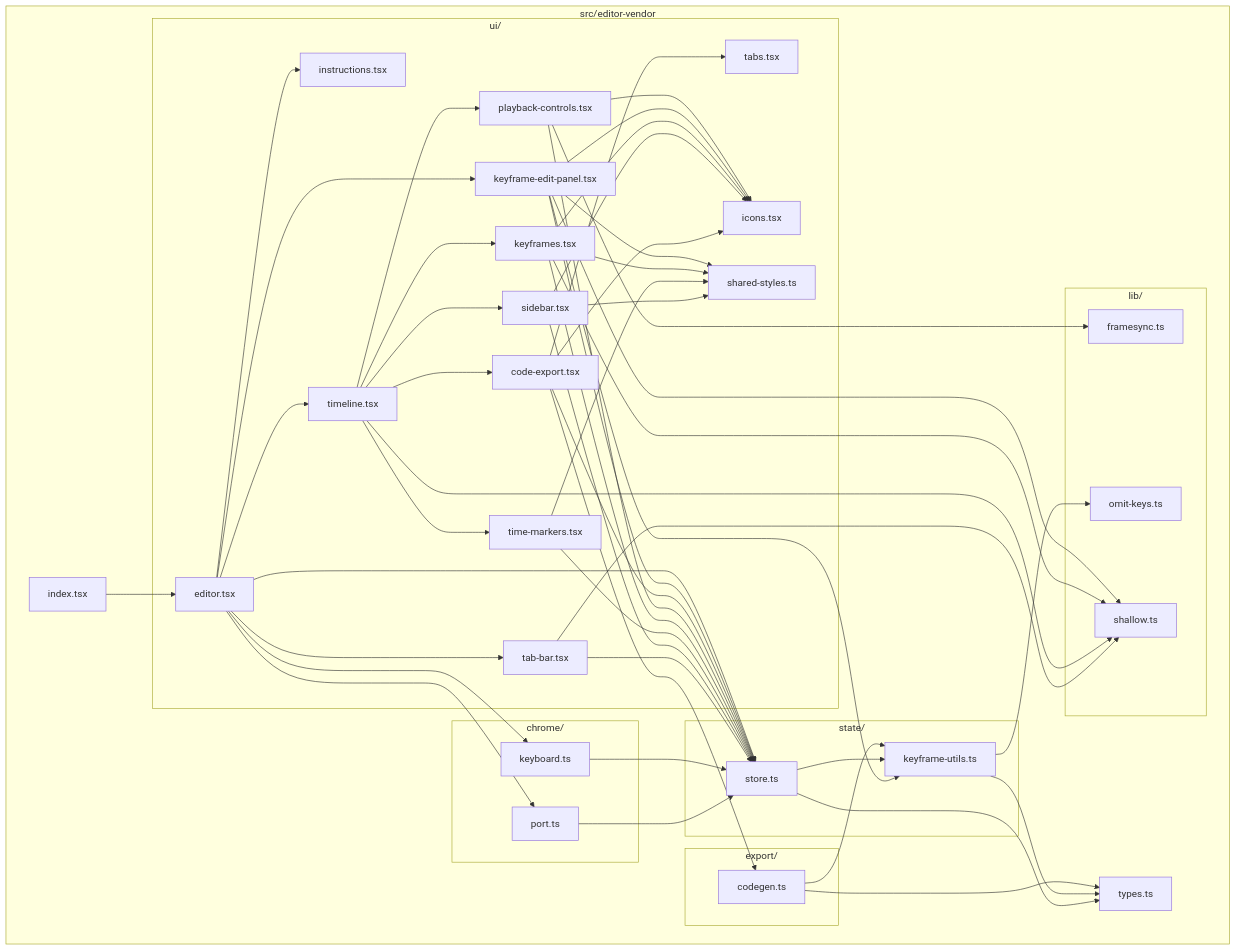
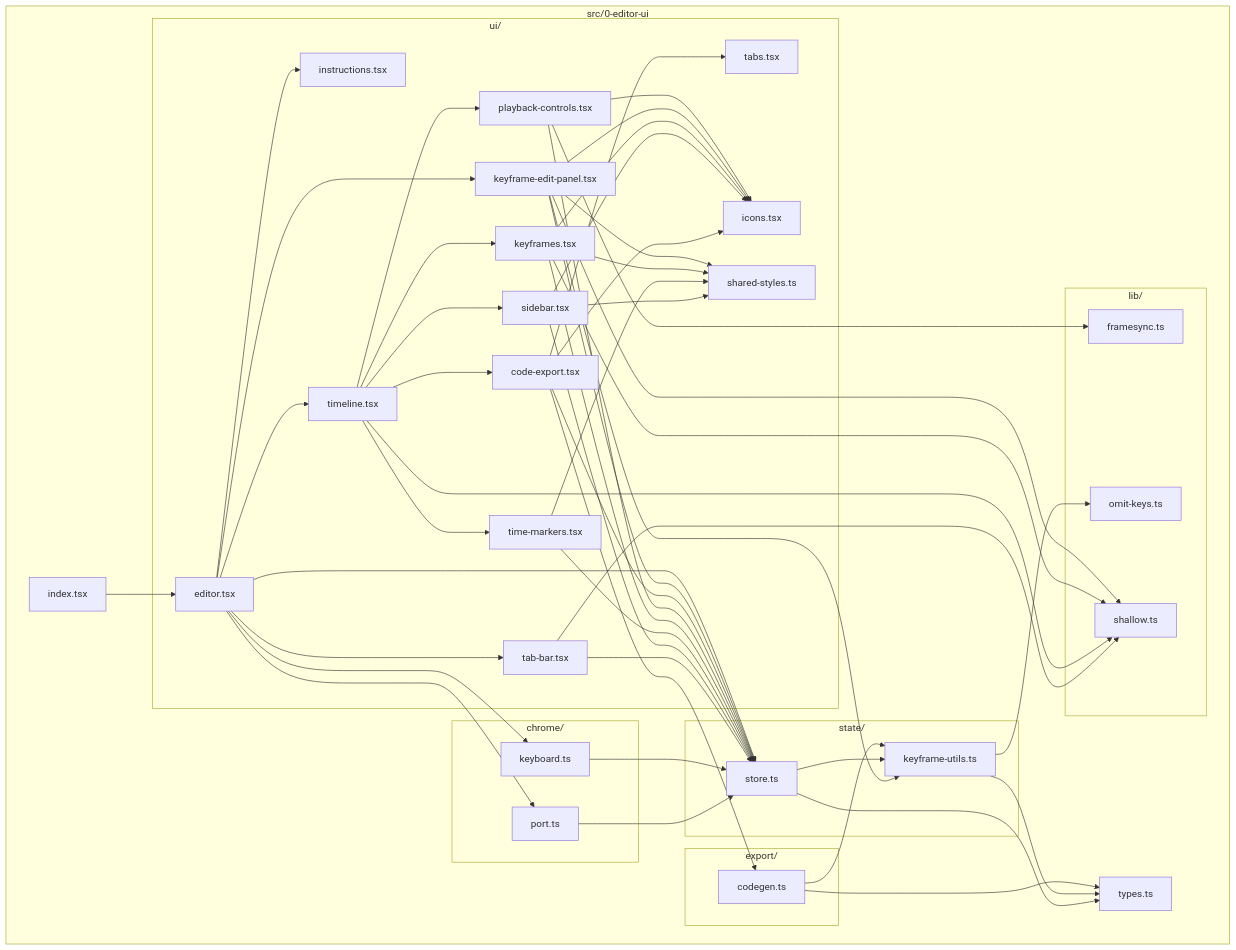
Before and after one commit to maxzz/transitions-chrome: the sixth of 6 diagrams in README.md, drawn with Mermaid. The commit also changed other lines of this file and 30 other files, not shown here.

````diff
--- a/README.md
+++ b/README.md
@@ -262,6 +262,6 @@
 ```mermaid
 flowchart TB
-  subgraph editorVendor["src/editor-vendor"]
+  subgraph editorUi["src/0-editor-ui"]
     Index["index.tsx"]
     Types["types.ts"]
 
````
